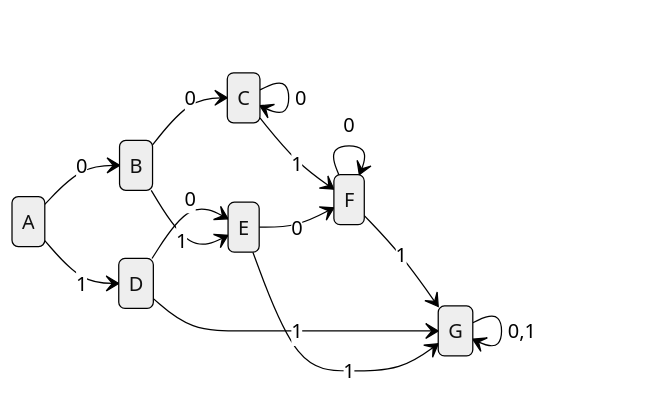
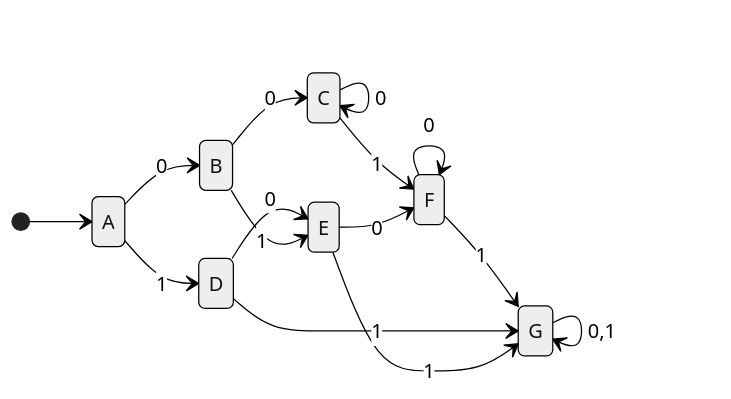
One commit to Gassandrid/ewan.my changed the second of 4 diagrams in content/Notes/Computing and Complexity/Labs/Lab 2 Work.md. Above: the diagram before and after it, drawn with Mermaid (neutral theme). The commit also changed other lines of this file and 10 other files, not shown here.

````diff
--- a/content/Notes/Computing and Complexity/Labs/Lab 2 Work.md
+++ b/content/Notes/Computing and Complexity/Labs/Lab 2 Work.md
@@ -28,22 +28,23 @@
 ```mermaid
 stateDiagram
     direction LR
+	[*] --> A
     A --> B : 0
     B --> C : 0
 	C --> C : 0
 	C --> F : 1
 	F --> F : 0
 	F --> G : 1
 	G --> G : 0,1
 	A --> D : 1
 	D --> E : 0
 	B --> E : 1
 	E --> F : 0
 	D --> G : 1
 	E --> G : 1
     
     C:::accepting
     F:::accepting
 	
     classDef accepting fill:#bbf,stroke:#333,stroke-width:2;
 ```
````
